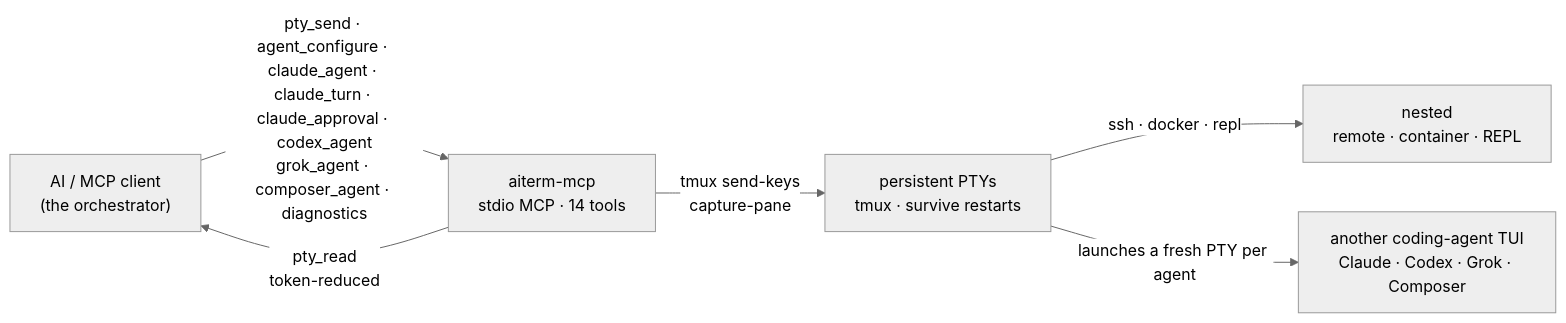
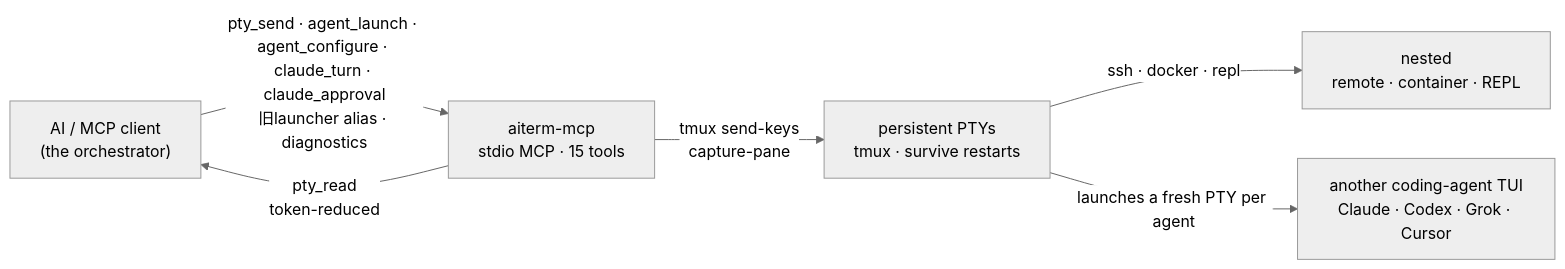
Before and after one commit to kitepon-rgb/aiterm-mcp: the diagram in README.ja.md, drawn with Mermaid (neutral theme). The commit also changed other lines of this file and 35 other files, not shown here.

````diff
--- a/README.ja.md
+++ b/README.ja.md
@@ -313,8 +317,8 @@
 ```mermaid
 flowchart LR
-    AI["AI / MCP client<br/>(the orchestrator)"] -->|"pty_send · agent_configure · claude_agent · claude_turn · claude_approval · codex_agent<br/>grok_agent · composer_agent · diagnostics"| S["aiterm-mcp<br/>stdio MCP · 14 tools"]
+    AI["AI / MCP client<br/>(the orchestrator)"] -->|"pty_send · agent_launch · agent_configure · claude_turn · claude_approval<br/>旧launcher alias · diagnostics"| S["aiterm-mcp<br/>stdio MCP · 15 tools"]
     S -->|"pty_read<br/>token-reduced"| AI
     S -->|"tmux send-keys<br/>capture-pane"| P["persistent PTYs<br/>tmux · survive restarts"]
     P -->|"ssh · docker · repl"| R["nested<br/>remote · container · REPL"]
-    P -->|"launches a fresh PTY per agent"| A["another coding-agent TUI<br/>Claude · Codex · Grok · Composer"]
+    P -->|"launches a fresh PTY per agent"| A["another coding-agent TUI<br/>Claude · Codex · Grok · Cursor"]
 ```
````
